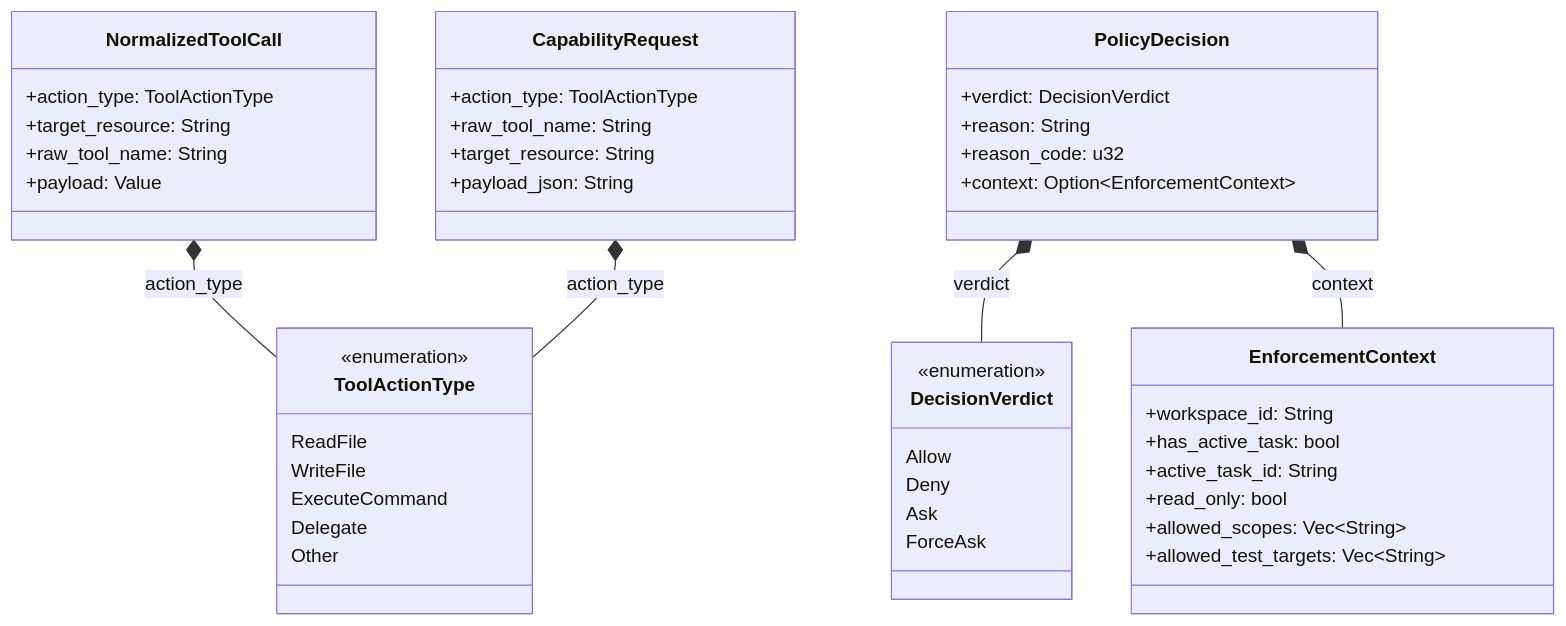
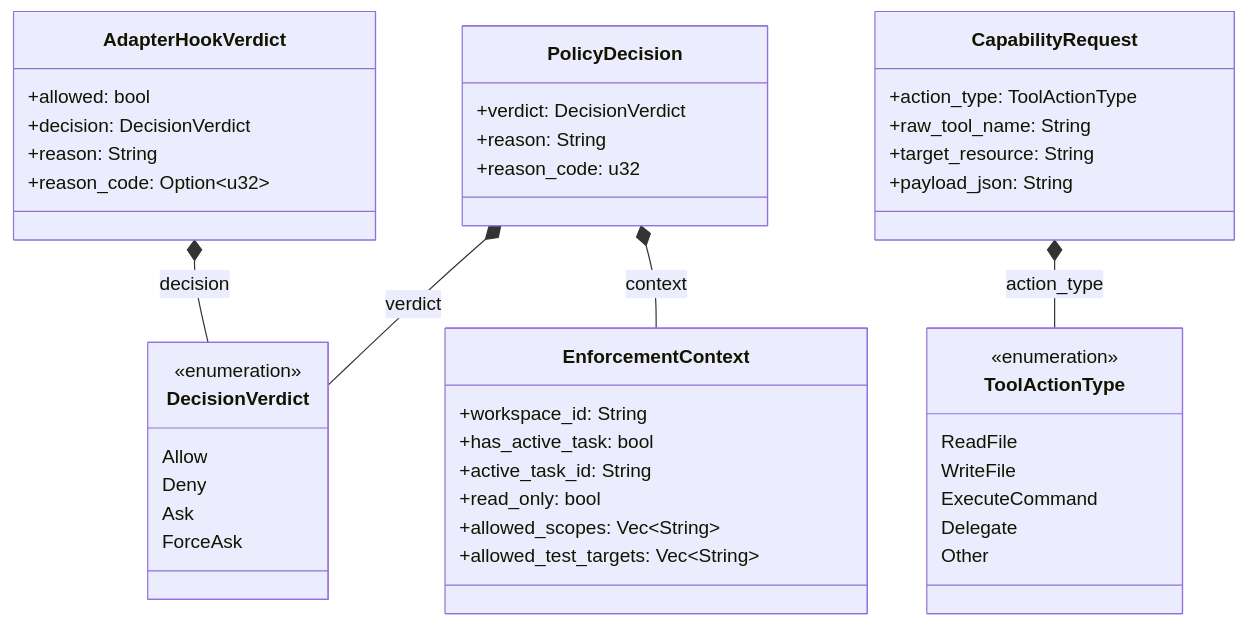
The diagram in docs/architecture/policy.md (rolfmadsen/xgauntlet), drawn with Mermaid before and after one commit. The commit also changed other lines of this file and 16 other files, not shown here.

````diff
--- a/docs/architecture/policy.md
+++ b/docs/architecture/policy.md
@@ -7,60 +7,59 @@
 ```mermaid
 classDiagram
     direction TB
 
     %% ====================================================================
     %% 🧩 Feature Slice: policy (with 1-hop domain neighbors)
     %% ====================================================================
+
+    class AdapterHookVerdict {
+        +allowed: bool
+        +decision: DecisionVerdict
+        +reason: String
+        +reason_code: Option~u32~
+    }
 
     class CapabilityRequest {
         +action_type: ToolActionType
         +raw_tool_name: String
         +target_resource: String
         +payload_json: String
     }
 
     class DecisionVerdict {
         <<enumeration>>
         Allow
         Deny
         Ask
         ForceAsk
     }
 
     class EnforcementContext {
         +workspace_id: String
         +has_active_task: bool
         +active_task_id: String
         +read_only: bool
         +allowed_scopes: Vec~String~
         +allowed_test_targets: Vec~String~
     }
 
-    class NormalizedToolCall {
-        +action_type: ToolActionType
-        +target_resource: String
-        +raw_tool_name: String
-        +payload: Value
-    }
-
     class PolicyDecision {
         +verdict: DecisionVerdict
         +reason: String
         +reason_code: u32
-        +context: Option~EnforcementContext~
     }
 
     class ToolActionType {
         <<enumeration>>
         ReadFile
         WriteFile
         ExecuteCommand
         Delegate
         Other
     }
 
+    CapabilityRequest *-- ToolActionType : action_type
     PolicyDecision *-- DecisionVerdict : verdict
     PolicyDecision *-- EnforcementContext : context
-    NormalizedToolCall *-- ToolActionType : action_type
-    CapabilityRequest *-- ToolActionType : action_type
+    AdapterHookVerdict *-- DecisionVerdict : decision
 ```
````
